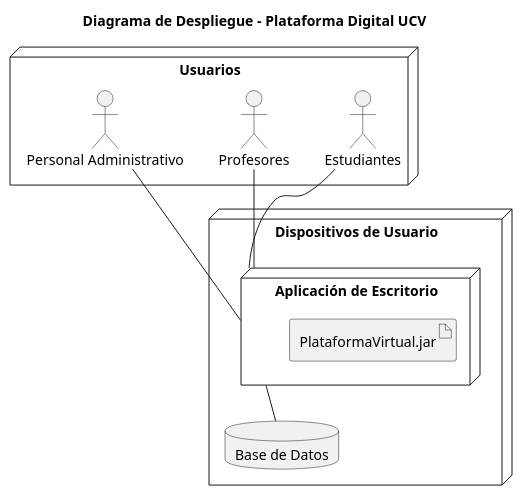
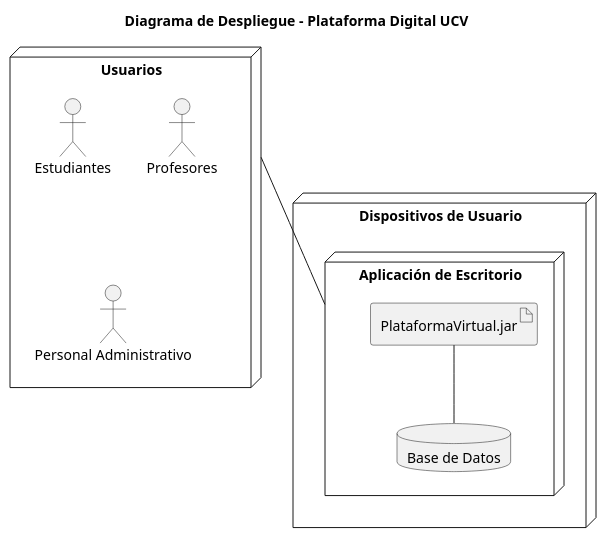
One commit to RolandoU548/Plataforma-Digital-IS changed the diagram in docs/physicalView/DiagramDeployment.plantuml. Above: the diagram before and after it, drawn with PlantUML. The commit also changed 7 other files, not shown here.

```diff
--- a/docs/physicalView/DiagramDeployment.plantuml
+++ b/docs/physicalView/DiagramDeployment.plantuml
@@ -1,23 +1,21 @@
 @startuml Diagrama de Despliegue
 title Diagrama de Despliegue - Plataforma Digital UCV
 
 node "Usuarios" {
     actor "Estudiantes"
     actor "Profesores"
     actor "Personal Administrativo"
 }
 
 
 node "Dispositivos de Usuario" {
     node "Aplicación de Escritorio" {
         artifact "PlataformaVirtual.jar"
+        database "Base de Datos"
     }
-    database "Base de Datos"
 }
 
-"Estudiantes" -- "Aplicación de Escritorio"
-"Profesores" -- "Aplicación de Escritorio"
-"Personal Administrativo" -- "Aplicación de Escritorio"
+"Usuarios" -- "Aplicación de Escritorio"
 
-"Aplicación de Escritorio" -- "Base de Datos"
+"PlataformaVirtual.jar" -- "Base de Datos"
 @enduml
```
